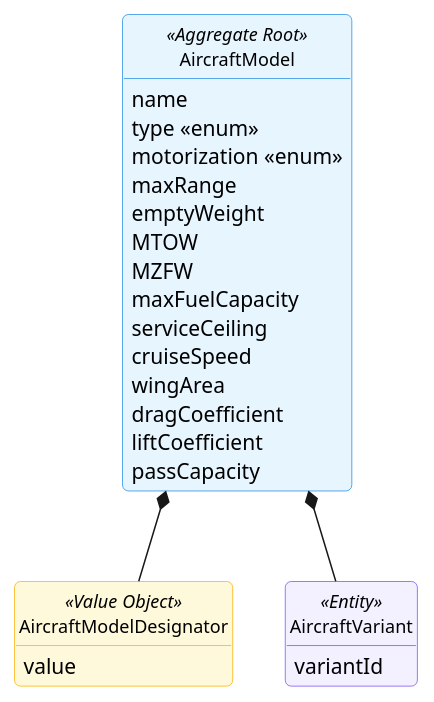
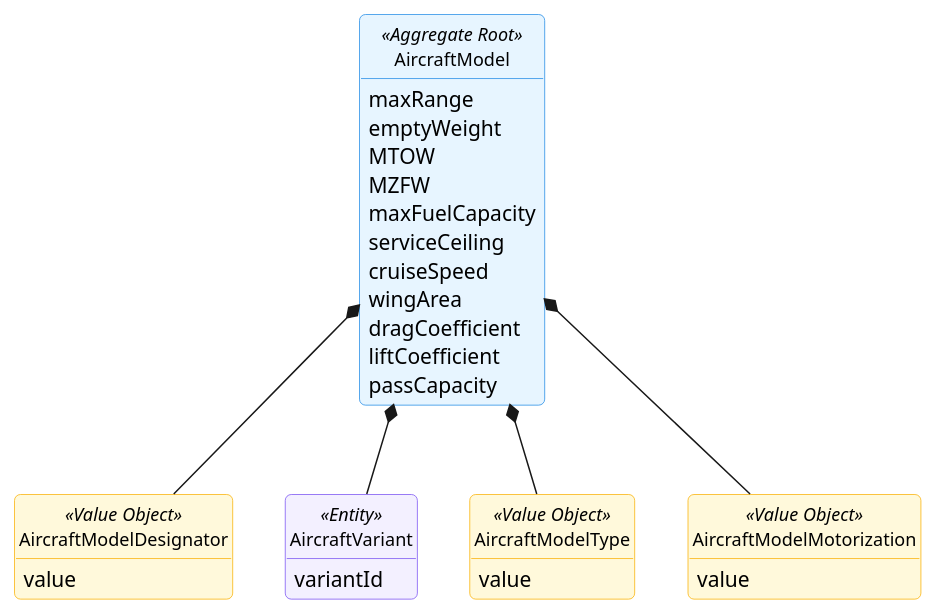
The diagram in docs/global-artifacts/02.analysis/puml/Aggregates/AircraftModelAggregate.puml (GustavoFerreira24/flight-management-platform), drawn with PlantUML before and after one commit. The commit also changed 15 other files, not shown here.

Commit message:
Refine domain model with new value objects, improved relationships, and updates to attributes and aggregates across multiple entities for enhanced structure and clarity [#14][#16]

```diff
--- a/docs/global-artifacts/02.analysis/puml/Aggregates/AircraftModelAggregate.puml
+++ b/docs/global-artifacts/02.analysis/puml/Aggregates/AircraftModelAggregate.puml
@@ -1,58 +1,64 @@
 @startuml
 skinparam {
     BackgroundColor white
     RoundCorner 8
     Shadowing false
     Handwritten false
     ClassAttributeIconSize 0
     PackageStyle frame
 
     PackageBackgroundColor #F8F9FA
     PackageBorderColor #ADB5BD
 
     ClassBackgroundColor white
     ClassBorderColor #495057
     ClassFontSize 12
 
     ClassBackgroundColor<<Aggregate Root>> #E7F5FF
     ClassBorderColor<<Aggregate Root>> #228BE6
 
     ClassBackgroundColor<<Value Object>> #FFF9DB
     ClassBorderColor<<Value Object>> #FAB005
 
     ClassBackgroundColor<<Entity>> #F3F0FF
     ClassBorderColor<<Entity>> #7950F2
 }
 hide circle
 hide methods
 
 class AircraftModel <<Aggregate Root>> {
-        name
-        type <<enum>>
-        motorization <<enum>>
         maxRange
         emptyWeight
         MTOW
         MZFW
         maxFuelCapacity
         serviceCeiling
         cruiseSpeed
         wingArea
         dragCoefficient
         liftCoefficient
         passCapacity
     }
 
-class AircraftModelDesignator <<Value Object>> {
+    class AircraftModelDesignator <<Value Object>> {
         value
-}
+    }
 
-class AircraftVariant <<Entity>> {
+    class AircraftVariant <<Entity>> {
         variantId
-}
+    }
+
+    class AircraftModelType <<Value Object>> {
+        value
+    }
+
+    class AircraftModelMotorization <<Value Object>> {
+        value
+    }
 
     AircraftModel *-- AircraftModelDesignator
     AircraftModel *-- AircraftVariant
-}
+    AircraftModel *-- AircraftModelType
+    AircraftModel *-- AircraftModelMotorization
 
 @enduml
```
